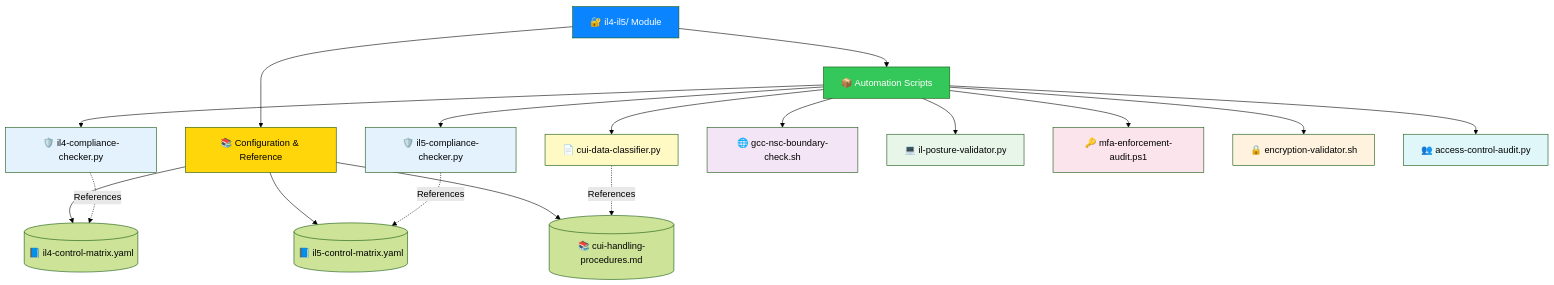
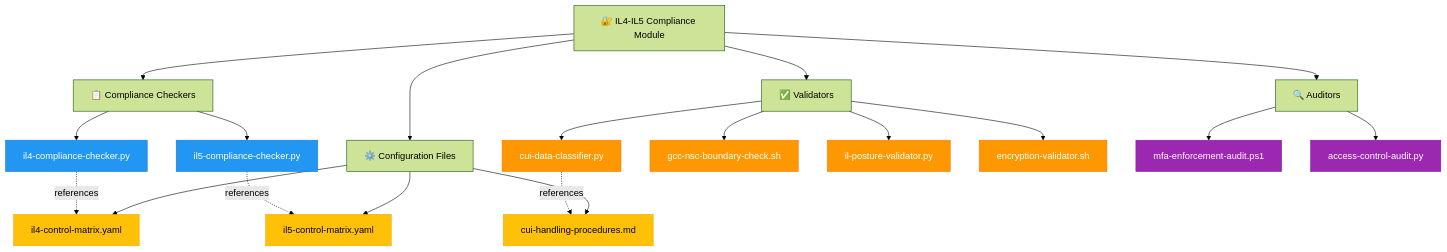
Before and after one commit to Suren-Jewels/Scripts-Toolkit: the first of 4 diagrams in security-compliance/il4-il5/README.md, drawn with Mermaid (forest theme). The commit also changed other lines of this file, not shown here.

````diff
--- a/security-compliance/il4-il5/README.md
+++ b/security-compliance/il4-il5/README.md
@@ -73,34 +57,45 @@
 ```mermaid
-flowchart TD
-    A[🔐 il4-il5/ Module] --> B[📦 Automation Scripts]
-    A --> C[📚 Configuration & Reference]
+graph TD
+    Root[🔐 IL4-IL5 Compliance Module]
     
-    B --> B1[🛡️ il4-compliance-checker.py]
-    B --> B2[🛡️ il5-compliance-checker.py]
-    B --> B3[📄 cui-data-classifier.py]
-    B --> B4[🌐 gcc-nsc-boundary-check.sh]
-    B --> B5[💻 il-posture-validator.py]
-    B --> B6[🔑 mfa-enforcement-audit.ps1]
-    B --> B7[🔒 encryption-validator.sh]
-    B --> B8[👥 access-control-audit.py]
+    %% Script Categories
+    Root --> Checkers[📋 Compliance Checkers]
+    Root --> Validators[✅ Validators]
+    Root --> Auditors[🔍 Auditors]
+    Root --> Config[⚙️ Configuration Files]
     
-    C --> C1[(📘 il4-control-matrix.yaml)]
-    C --> C2[(📘 il5-control-matrix.yaml)]
-    C --> C3[(📚 cui-handling-procedures.md)]
+    %% Checkers
+    Checkers --> IL4Check[il4-compliance-checker.py]
+    Checkers --> IL5Check[il5-compliance-checker.py]
     
-    B1 -.->|References| C1
-    B2 -.->|References| C2
-    B3 -.->|References| C3
-
-    style A fill:#0A84FF,color:#fff
-    style B fill:#34C759,color:#fff
-    style C fill:#FFD60A,color:#000
-    style B1 fill:#E3F2FD
-    style B2 fill:#E3F2FD
-    style B3 fill:#FFF9C4
-    style B4 fill:#F3E5F5
-    style B5 fill:#E8F5E9
-    style B6 fill:#FCE4EC
-    style B7 fill:#FFF3E0
-    style B8 fill:#E0F7FA
+    %% Validators
+    Validators --> CUIClass[cui-data-classifier.py]
+    Validators --> BoundCheck[gcc-nsc-boundary-check.sh]
+    Validators --> PostureVal[il-posture-validator.py]
+    Validators --> EncryptVal[encryption-validator.sh]
+    
+    %% Auditors
+    Auditors --> MFAAudit[mfa-enforcement-audit.ps1]
+    Auditors --> AccessAudit[access-control-audit.py]
+    
+    %% Configuration
+    Config --> IL4Matrix[il4-control-matrix.yaml]
+    Config --> IL5Matrix[il5-control-matrix.yaml]
+    Config --> CUIProc[cui-handling-procedures.md]
+    
+    %% Connections
+    IL4Check -.->|references| IL4Matrix
+    IL5Check -.->|references| IL5Matrix
+    CUIClass -.->|references| CUIProc
+    
+    %% Styling
+    classDef checkerStyle fill:#2196F3,stroke:#1976D2,color:#fff
+    classDef validatorStyle fill:#FF9800,stroke:#F57C00,color:#fff
+    classDef auditorStyle fill:#9C27B0,stroke:#7B1FA2,color:#fff
+    classDef configStyle fill:#FFC107,stroke:#FFA000,color:#000
+    
+    class IL4Check,IL5Check checkerStyle
+    class CUIClass,BoundCheck,PostureVal,EncryptVal validatorStyle
+    class MFAAudit,AccessAudit auditorStyle
+    class IL4Matrix,IL5Matrix,CUIProc configStyle
 ```
````
